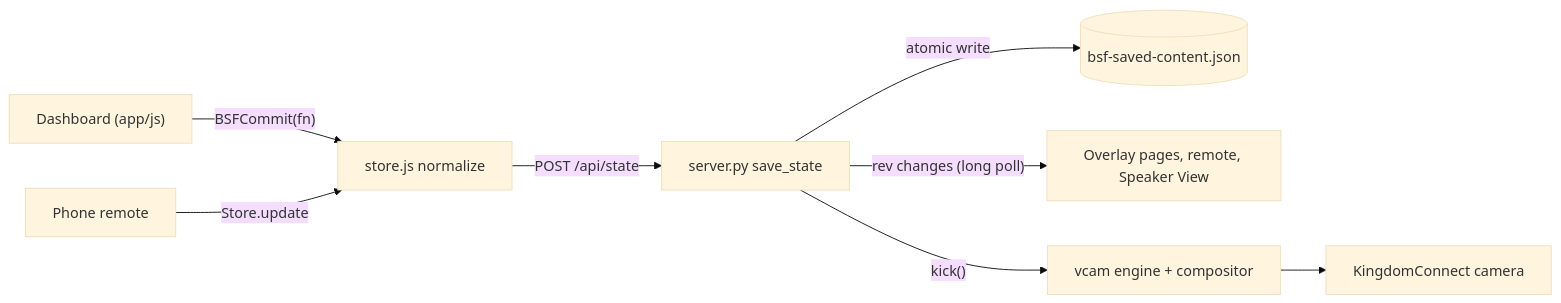
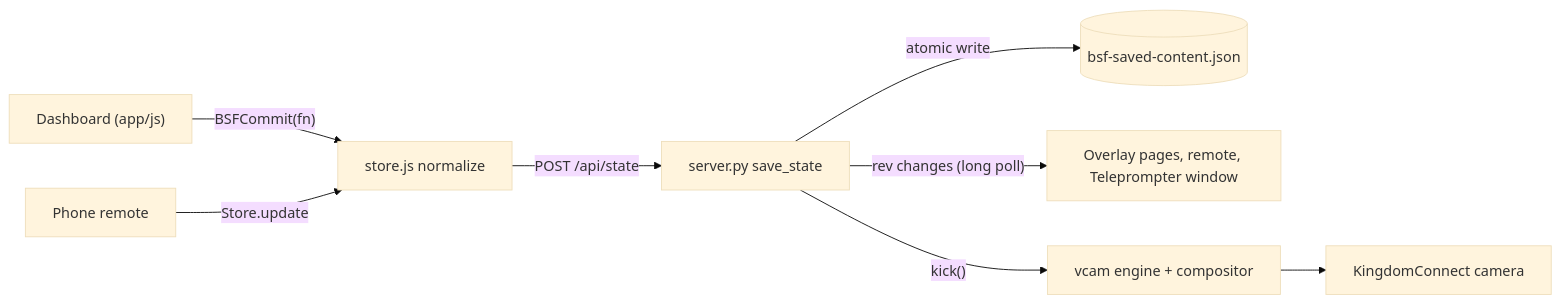
Before and after one commit to mshobin/FrameDecks: the diagram in docs/contributing.md, drawn with Mermaid (base theme). The commit also changed other lines of this file and 18 other files, not shown here.

````diff
--- a/docs/contributing.md
+++ b/docs/contributing.md
@@ -111,10 +111,10 @@
 ```mermaid
 flowchart LR
   UI["Dashboard (app/js)"] -- "BSFCommit(fn)" --> Store["store.js normalize"]
   Remote["Phone remote"] -- "Store.update" --> Store
   Store -- "POST /api/state" --> Server["server.py save_state"]
   Server -- "atomic write" --> File[("bsf-saved-content.json")]
-  Server -- "rev changes (long poll)" --> Pages["Overlay pages, remote, Speaker View"]
+  Server -- "rev changes (long poll)" --> Pages["Overlay pages, remote, Teleprompter window"]
   Server -- "kick()" --> Engine["vcam engine + compositor"]
   Engine --> Cam["KingdomConnect camera"]
 ```
````
